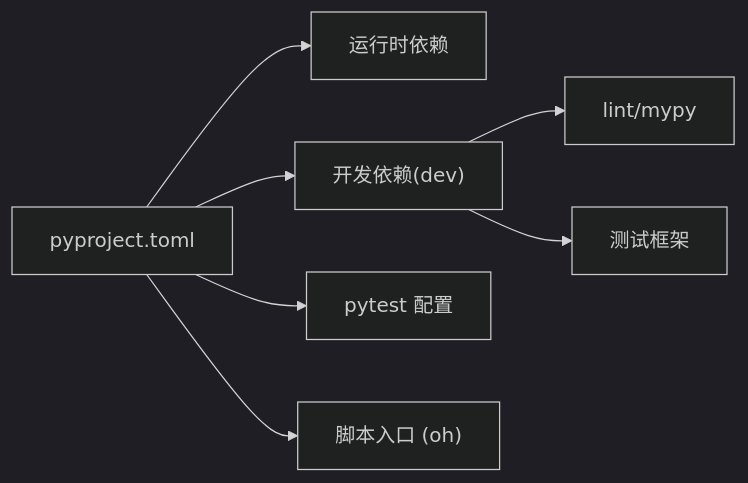
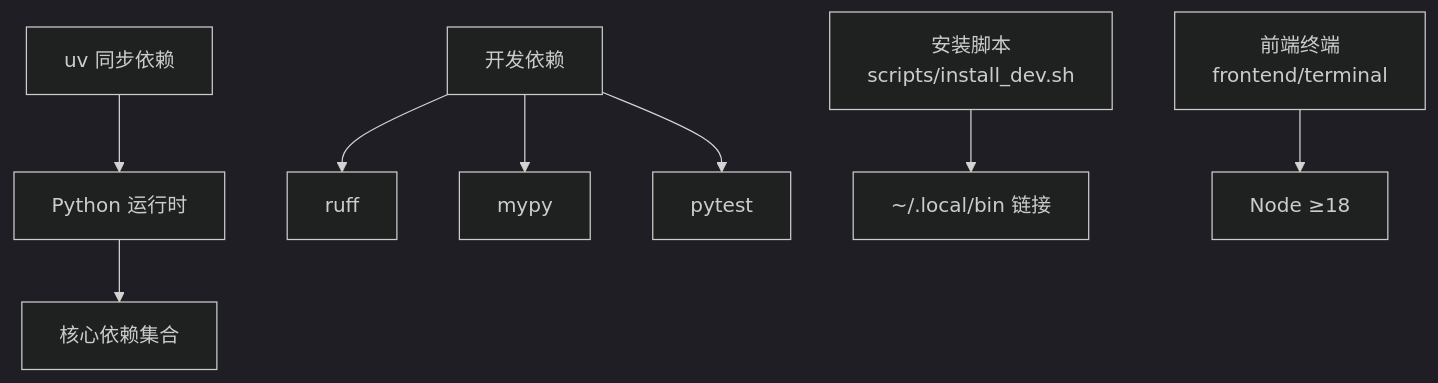
One commit to haolange/OpenHarness changed the seventh of 7 diagrams in .qoder/repowiki/zh/content/开发者指南/开发者指南.md. Above: the diagram before and after it, drawn with Mermaid (dark theme). The commit also changed other lines of this file and 222 other files, not shown here.

````diff
--- a/.qoder/repowiki/zh/content/开发者指南/开发者指南.md
+++ b/.qoder/repowiki/zh/content/开发者指南/开发者指南.md
@@ -272,9 +253,10 @@
 ```mermaid
-graph LR
-P["pyproject.toml"] --> R["运行时依赖"]
-P --> D["开发依赖(dev)"]
-P --> T["pytest 配置"]
-P --> S["脚本入口 (oh)"]
-D --> L["lint/mypy"]
-D --> X["测试框架"]
+graph TB
+UV["uv 同步依赖"] --> PY["Python 运行时"]
+PY --> DEPS["核心依赖集合"]
+DEV["开发依赖"] --> RUFF["ruff"]
+DEV --> MYPY["mypy"]
+DEV --> PYTEST["pytest"]
+SCRIPTS["安装脚本<br/>scripts/install_dev.sh"] --> BIN["~/.local/bin 链接"]
+FE["前端终端<br/>frontend/terminal"] --> NODE["Node ≥18"]
 ```
````
